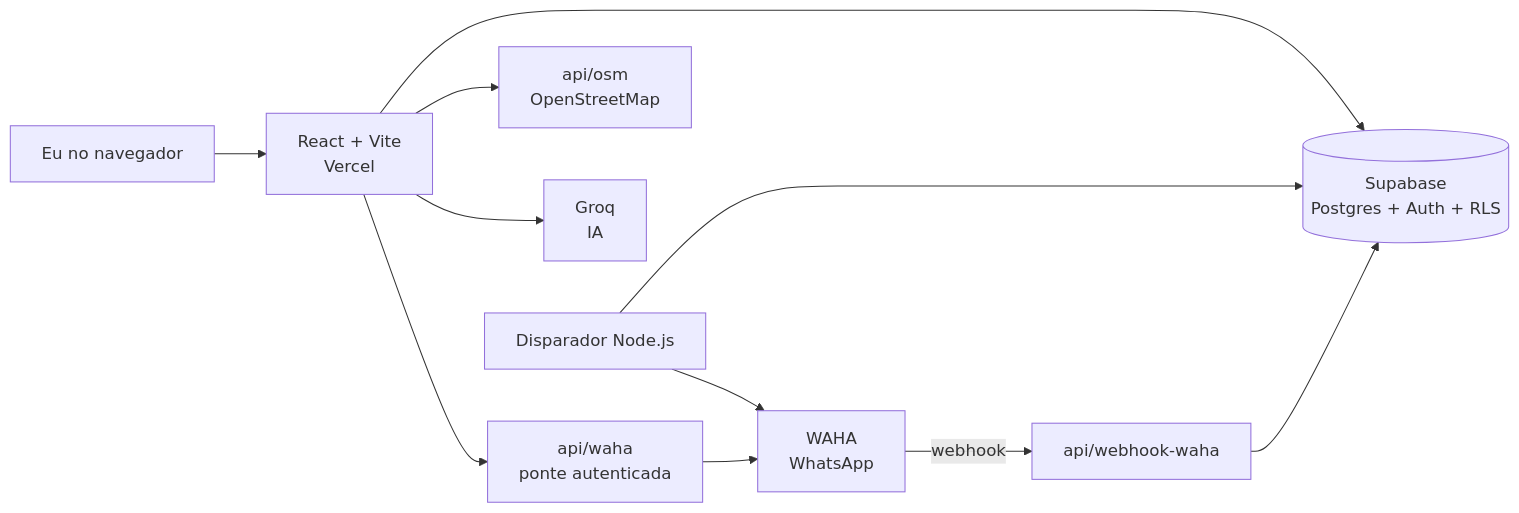
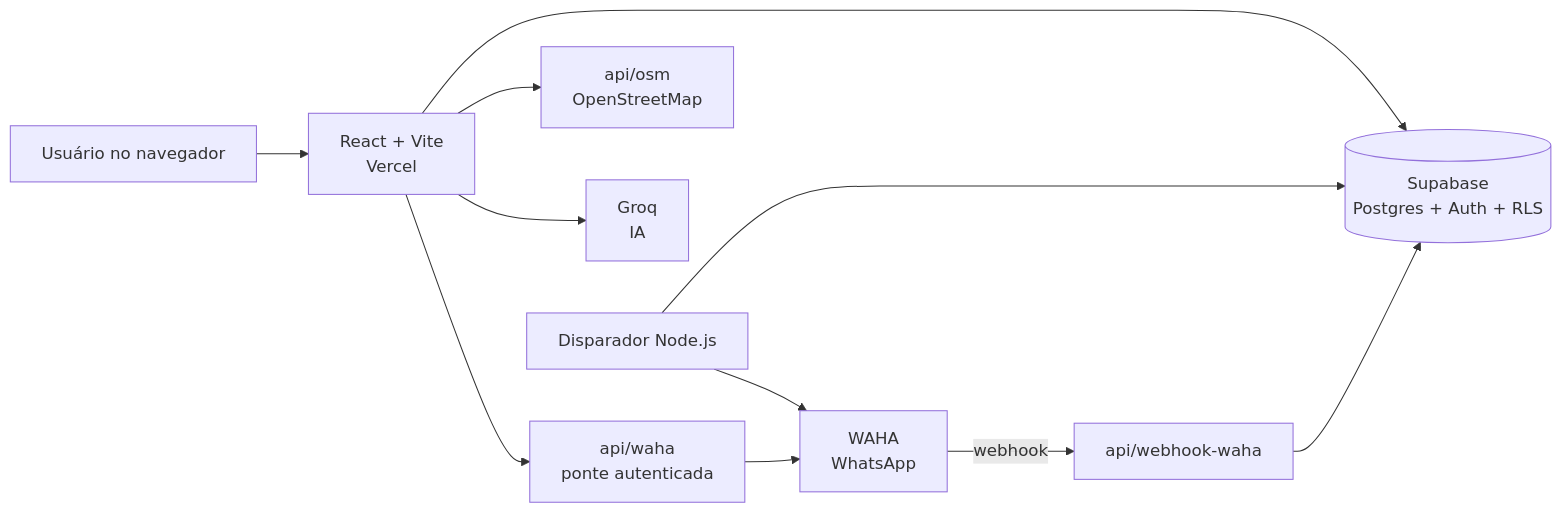
The diagram in README.md (arthurbarreto07/nexus-crm-showcase), drawn with Mermaid before and after one commit. The commit also changed other lines of this file, not shown here.

````diff
--- a/README.md
+++ b/README.md
@@ -43,12 +42,12 @@
 ```mermaid
 flowchart LR
-  U[Eu no navegador] --> R[React + Vite<br/>Vercel]
+  U[Usuário no navegador] --> R[React + Vite<br/>Vercel]
   R --> SB[(Supabase<br/>Postgres + Auth + RLS)]
   R --> OSM[api/osm<br/>OpenStreetMap]
   R --> G[Groq<br/>IA]
   R --> P[api/waha<br/>ponte autenticada]
   P --> W[WAHA<br/>WhatsApp]
   D[Disparador Node.js] --> SB
   D --> W
   W -->|webhook| H[api/webhook-waha] --> SB
 ```
````
